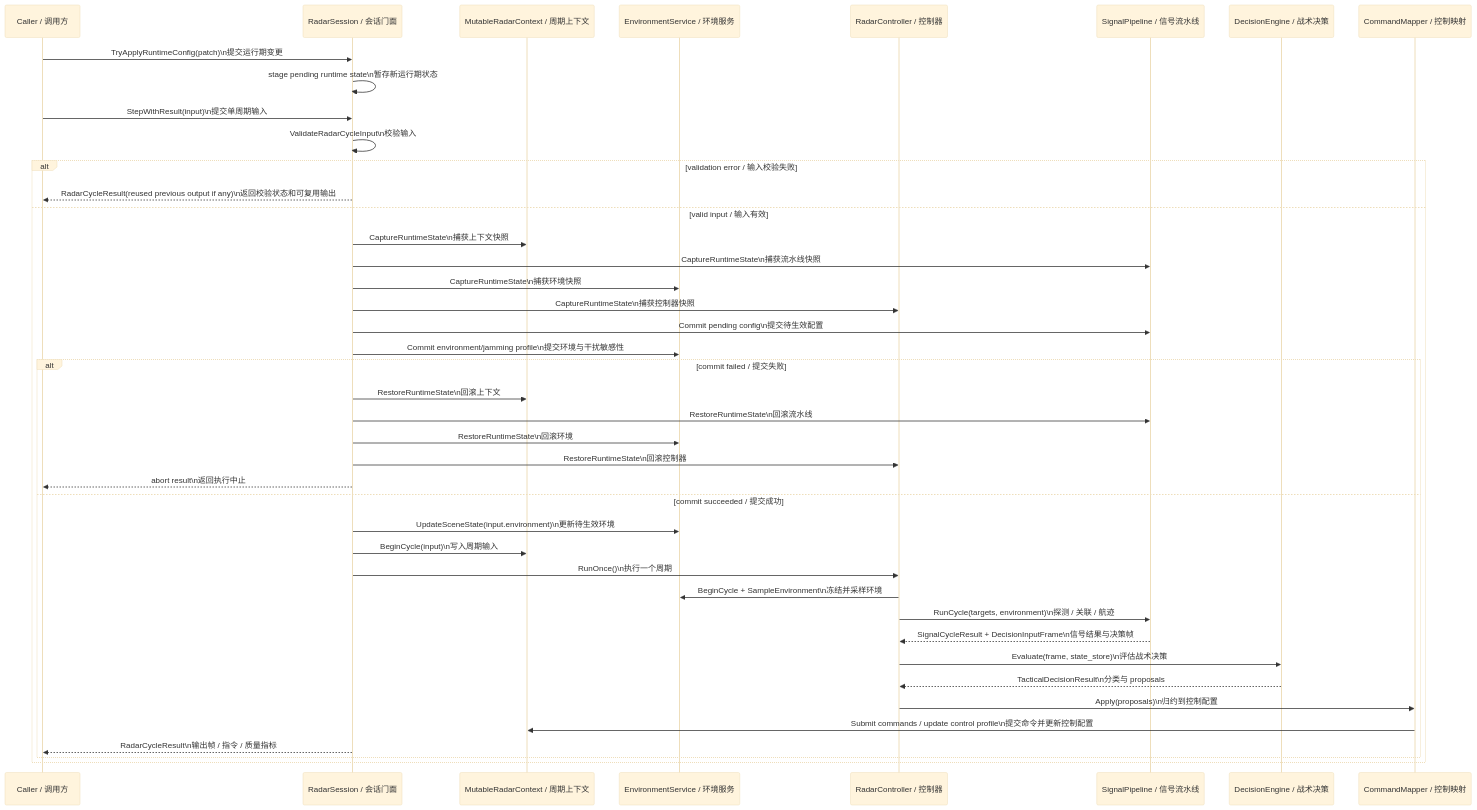
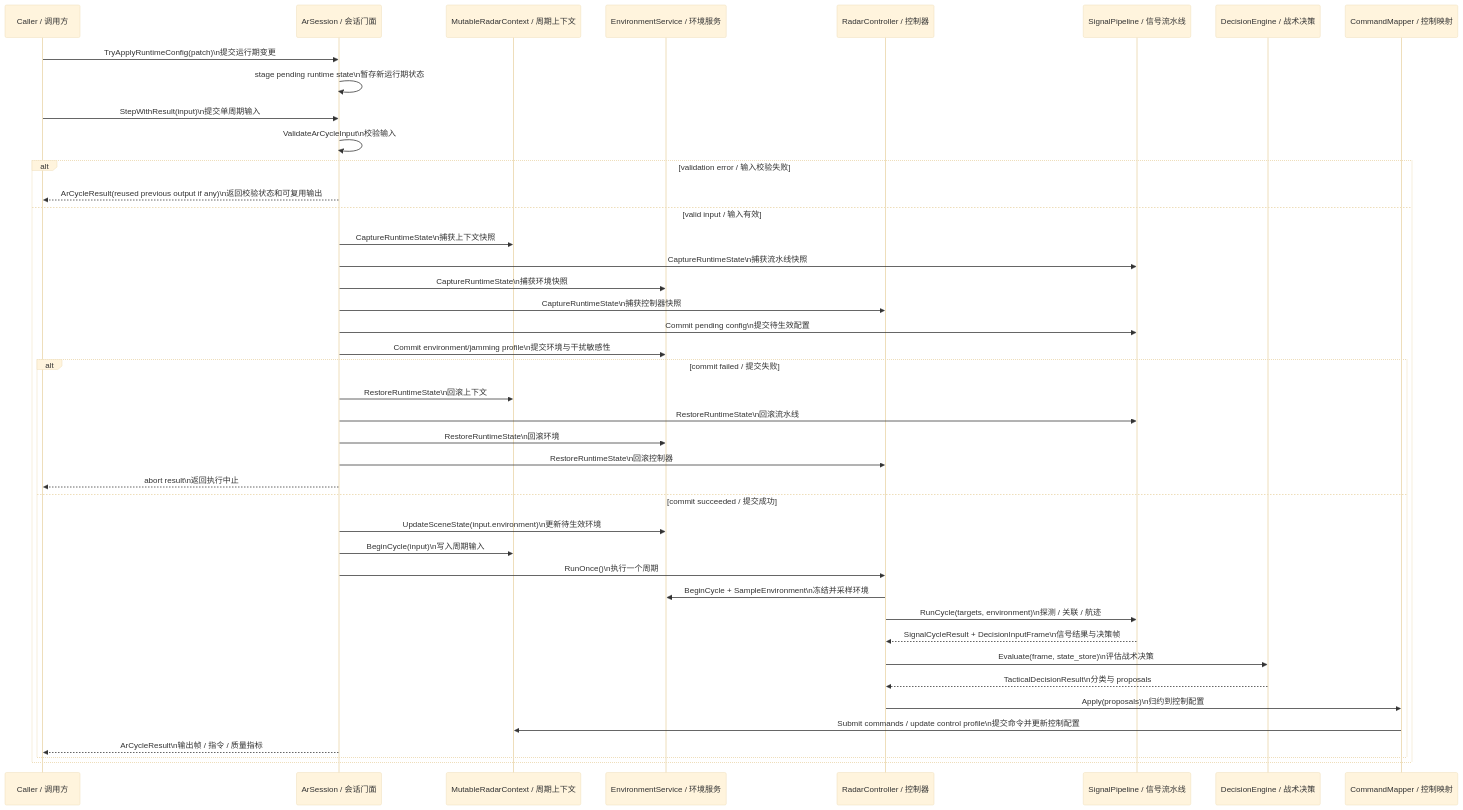
One commit to boilwater-3/1q changed the second of 4 diagrams in docs/airborne_radar/design.md. Above: the diagram before and after it, drawn with Mermaid (base theme). The commit also changed other lines of this file and 40 other files, not shown here.

````diff
--- a/docs/airborne_radar/design.md
+++ b/docs/airborne_radar/design.md
@@ -141,46 +143,46 @@
 ```mermaid
 sequenceDiagram
   participant Caller as Caller / 调用方
-  participant Session as RadarSession / 会话门面
+  participant Session as ArSession / 会话门面
   participant Context as MutableRadarContext / 周期上下文
   participant Env as EnvironmentService / 环境服务
   participant Controller as RadarController / 控制器
   participant Pipe as SignalPipeline / 信号流水线
   participant Decision as DecisionEngine / 战术决策
   participant Mapper as CommandMapper / 控制映射
 
   Caller->>Session: TryApplyRuntimeConfig(patch)\n提交运行期变更
   Session->>Session: stage pending runtime state\n暂存新运行期状态
 
   Caller->>Session: StepWithResult(input)\n提交单周期输入
-  Session->>Session: ValidateRadarCycleInput\n校验输入
+  Session->>Session: ValidateArCycleInput\n校验输入
   alt validation error / 输入校验失败
-    Session-->>Caller: RadarCycleResult(reused previous output if any)\n返回校验状态和可复用输出
+    Session-->>Caller: ArCycleResult(reused previous output if any)\n返回校验状态和可复用输出
   else valid input / 输入有效
     Session->>Context: CaptureRuntimeState\n捕获上下文快照
     Session->>Pipe: CaptureRuntimeState\n捕获流水线快照
     Session->>Env: CaptureRuntimeState\n捕获环境快照
     Session->>Controller: CaptureRuntimeState\n捕获控制器快照
     Session->>Pipe: Commit pending config\n提交待生效配置
     Session->>Env: Commit environment/jamming profile\n提交环境与干扰敏感性
     alt commit failed / 提交失败
       Session->>Context: RestoreRuntimeState\n回滚上下文
       Session->>Pipe: RestoreRuntimeState\n回滚流水线
       Session->>Env: RestoreRuntimeState\n回滚环境
       Session->>Controller: RestoreRuntimeState\n回滚控制器
       Session-->>Caller: abort result\n返回执行中止
     else commit succeeded / 提交成功
       Session->>Env: UpdateSceneState(input.environment)\n更新待生效环境
       Session->>Context: BeginCycle(input)\n写入周期输入
       Session->>Controller: RunOnce()\n执行一个周期
       Controller->>Env: BeginCycle + SampleEnvironment\n冻结并采样环境
       Controller->>Pipe: RunCycle(targets, environment)\n探测 / 关联 / 航迹
       Pipe-->>Controller: SignalCycleResult + DecisionInputFrame\n信号结果与决策帧
       Controller->>Decision: Evaluate(frame, state_store)\n评估战术决策
       Decision-->>Controller: TacticalDecisionResult\n分类与 proposals
       Controller->>Mapper: Apply(proposals)\n归约到控制配置
       Mapper->>Context: Submit commands / update control profile\n提交命令并更新控制配置
-      Session-->>Caller: RadarCycleResult\n输出帧 / 指令 / 质量指标
+      Session-->>Caller: ArCycleResult\n输出帧 / 指令 / 质量指标
     end
   end
 ```
````
